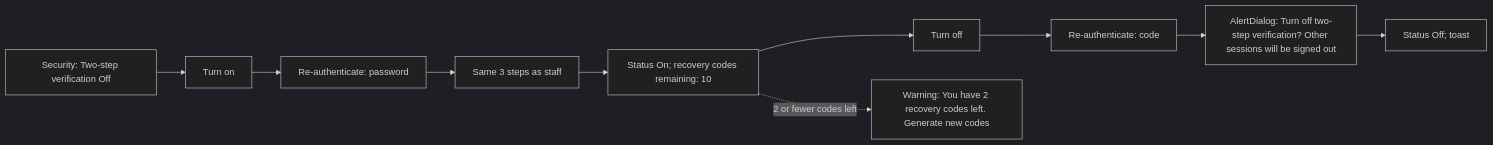
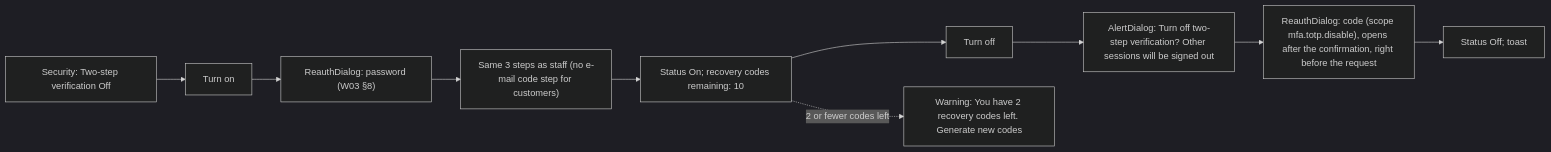
Before and after one commit to sukhchdit/shipcube: the second of 2 diagrams in docs/02-ux/flows/F09-mfa-enrolment.md, drawn with Mermaid (dark theme). The commit also changed other lines of this file and 78 other files, not shown here.

````diff
--- a/docs/02-ux/flows/F09-mfa-enrolment.md
+++ b/docs/02-ux/flows/F09-mfa-enrolment.md
@@ -26,6 +34,6 @@
 ```mermaid
 flowchart LR
-  C0["Security: Two-step verification Off"] --> C1["Turn on"] --> C2["Re-authenticate: password"] --> C3["Same 3 steps as staff"] --> C4["Status On; recovery codes remaining: 10"]
-  C4 --> C5["Turn off"] --> C6["Re-authenticate: code"] --> C7["AlertDialog: Turn off two-step verification? Other sessions will be signed out"] --> C8["Status Off; toast"]
+  C0["Security: Two-step verification Off"] --> C1["Turn on"] --> C2["ReauthDialog: password (W03 §8)"] --> C3["Same 3 steps as staff (no e-mail code step for customers)"] --> C4["Status On; recovery codes remaining: 10"]
+  C4 --> C5["Turn off"] --> C7["AlertDialog: Turn off two-step verification? Other sessions will be signed out"] --> C6["ReauthDialog: code (scope mfa.totp.disable), opens after the confirmation, right before the request"] --> C8["Status Off; toast"]
   C4 -.2 or fewer codes left.-> C9["Warning: You have 2 recovery codes left. Generate new codes"]
 ```
````
